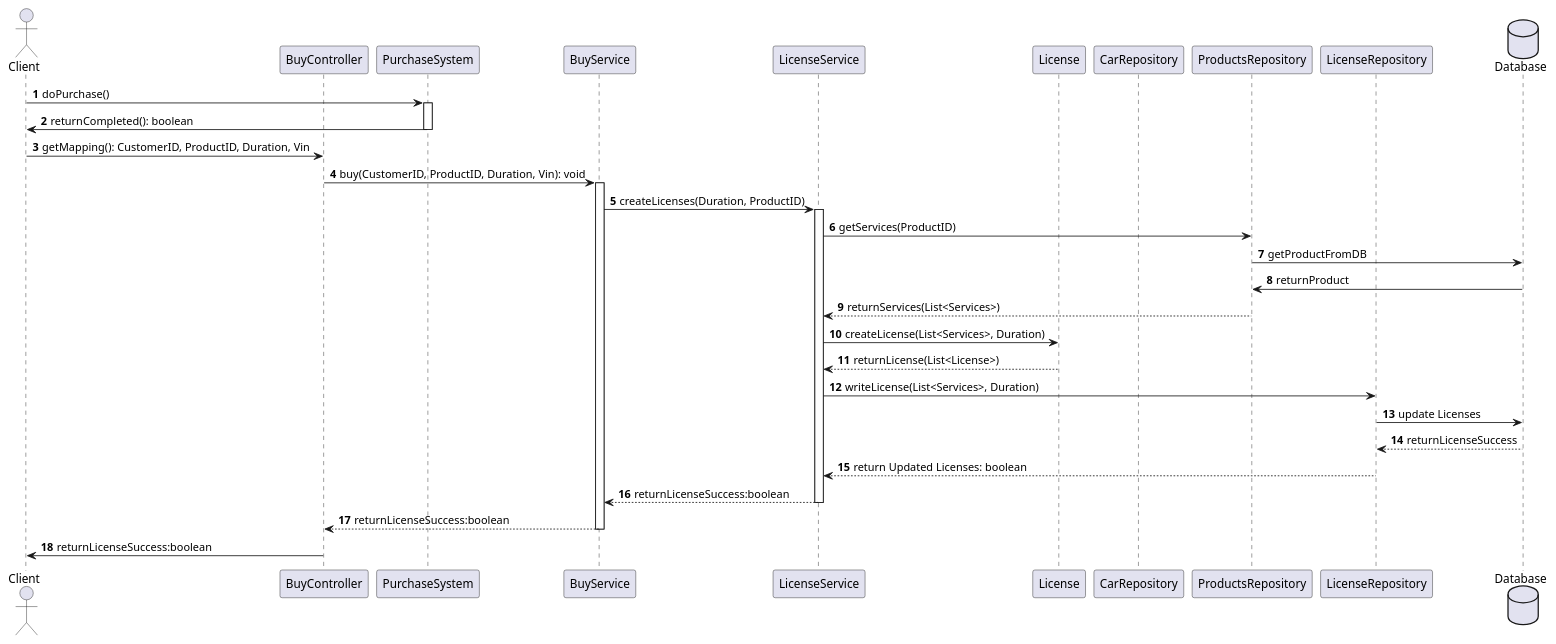
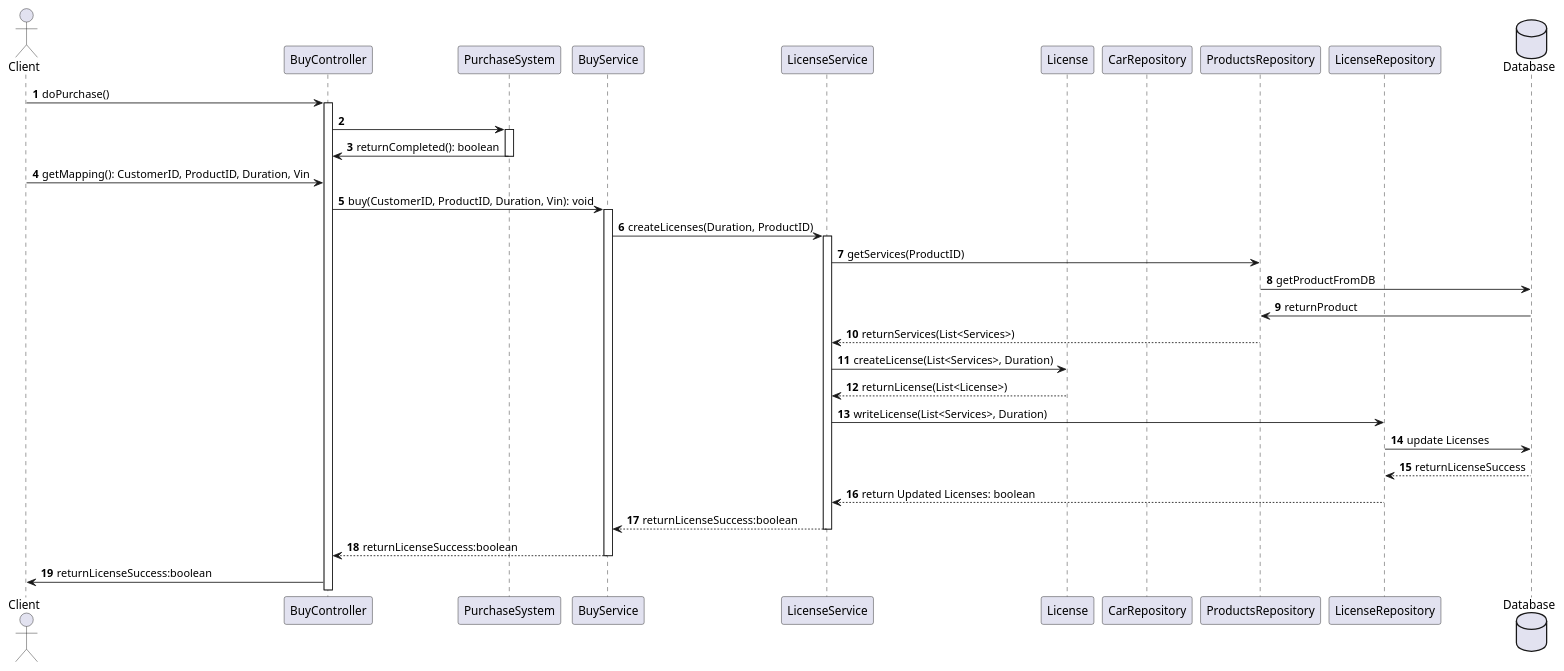
One commit to ljbg1996/car-backend changed the diagram in SequenceBuy_1.puml. Above: the diagram before and after it, drawn with PlantUML. The commit also changed 1 other file, not shown here.

```diff
--- a/SequenceBuy_1.puml
+++ b/SequenceBuy_1.puml
@@ -1,56 +1,60 @@
 @startuml
 'https://plantuml.com/sequence-diagram
 autonumber
 actor Client as c
 
 participant BuyController as co
 participant PurchaseSystem as ps
 participant BuyService as s
 'participant LicenseController as lc
 participant LicenseService as ls
 participant License as l
 participant CarRepository as ca
 participant ProductsRepository as p
 participant LicenseRepository as lr
 database Database as db
 
-c->ps : doPurchase()
+c->co : doPurchase()
 'TODO add details Purchase
+activate co
+co->ps
 activate ps
-ps->c : returnCompleted(): boolean
+ps->co:returnCompleted(): boolean
 deactivate ps
+
+
 c -> co: getMapping(): CustomerID, ProductID, Duration, Vin
 
 co-> s: buy(CustomerID, ProductID, Duration, Vin): void
 activate s
 's -> ca: setProduct(ProductId, Vin)
 'ca -> ls: setService(ServiceID)
 
 s-> ls: createLicenses(Duration, ProductID)
 activate ls
 ls->p: getServices(ProductID)
 p->db: getProductFromDB
 db->p: returnProduct
 p-->ls: returnServices(List<Services>)
 
 
 ls->  l: createLicense(List<Services>, Duration)
 
 l-->ls: returnLicense(List<License>)
 
 
 
 ls-> lr: writeLicense(List<Services>, Duration)
 lr->db: update Licenses
 db-->lr: returnLicenseSuccess
 lr-->  ls: return Updated Licenses: boolean
 ls-->s: returnLicenseSuccess:boolean
 deactivate ls
 s-->co: returnLicenseSuccess:boolean
 deactivate s
 co->c: returnLicenseSuccess:boolean
 
 
 
 
 @enduml
```
